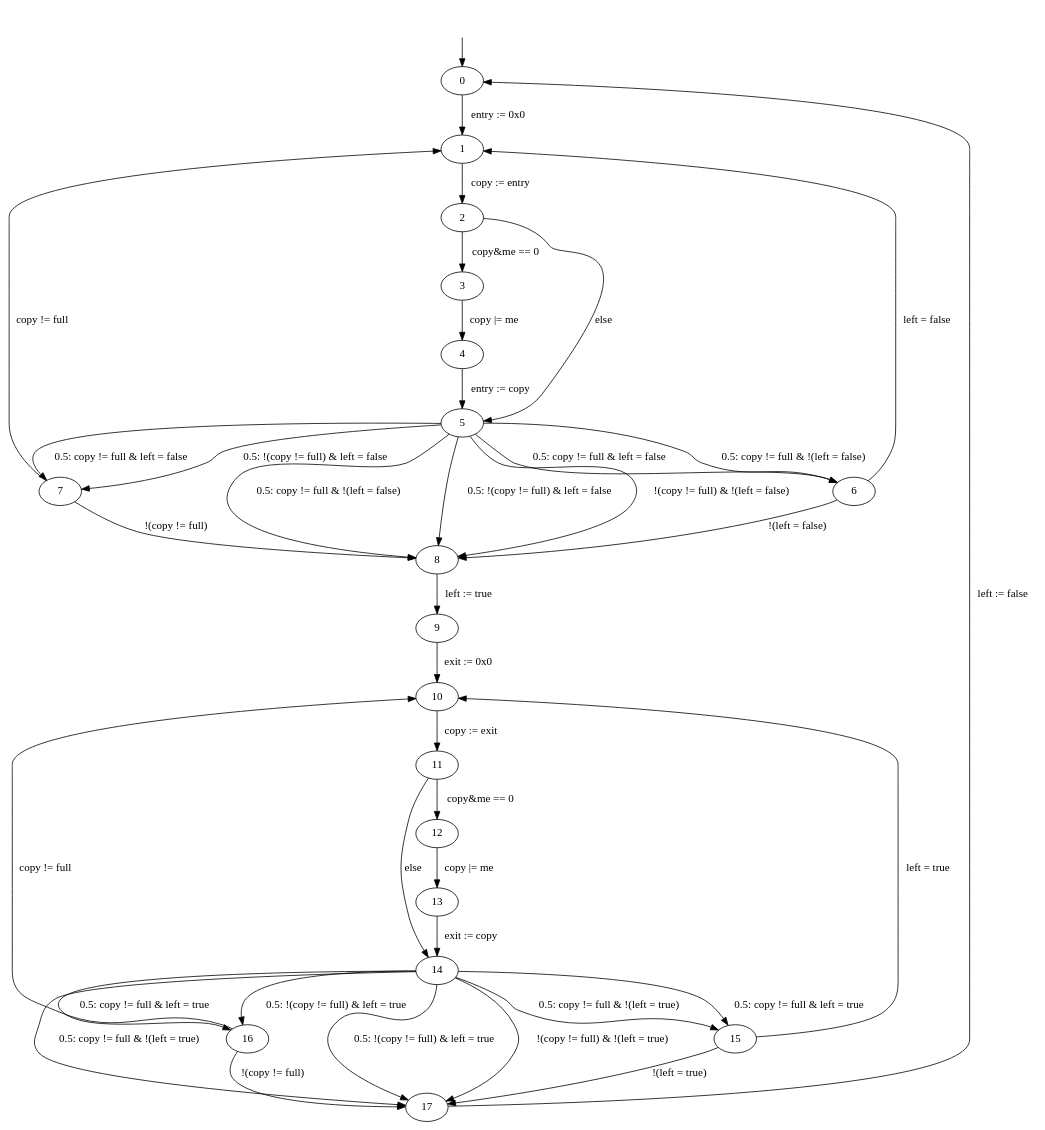
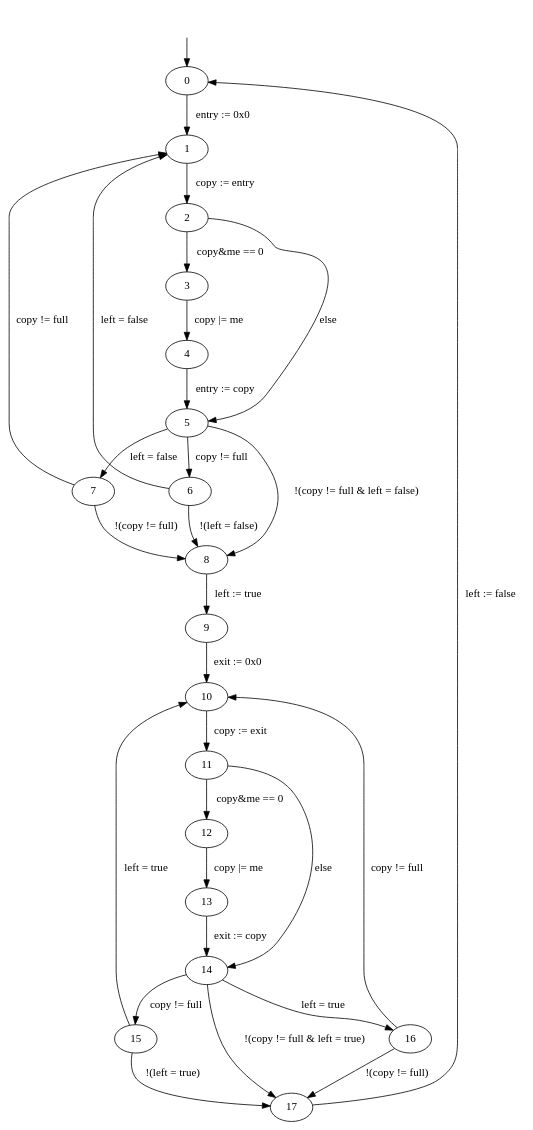
One commit to hydroo/minor-thesis-barriers changed the diagram in barrier-attempt/model-01/model.dot. Above: the diagram before and after it, drawn with Graphviz. The commit also changed 2 other files, not shown here.

```diff
--- a/barrier-attempt/model-01/model.dot
+++ b/barrier-attempt/model-01/model.dot
@@ -1,48 +1,40 @@
 digraph {
 
 	initial_state_source [style=invis]
 	initial_state_source -> "0"
 
 	"0"  -> "1"  [weight=10, label="entry := 0x0"]
 	"1"  -> "2"  [weight=10, label="copy := entry"]
 
 	"2"  -> "3"  [weight=10, label="copy&me == 0"]
 	"3"  -> "4"  [weight=10, label="copy |= me"]
 	"4"  -> "5"  [weight=10, label="entry := copy"]
 	"2"  -> "5"  [label="else"]
 
-	"5"  -> "6"  [label="0.5: copy != full & left = false"]
-	"5"  -> "6"  [label="0.5: copy != full & !(left = false)"]
-	"5"  -> "8"  [label="0.5: copy != full & !(left = false)"]
-	"5"  -> "7"  [label="0.5: copy != full & left = false"]
-	"5"  -> "7"  [label="0.5: !(copy != full) & left = false"]
-	"5"  -> "8"  [label="0.5: !(copy != full) & left = false"]
+	"5"  -> "6"  [label="copy != full"]
+	"5"  -> "7"  [label="left = false"]
+	"5"  -> "8"  [label="!(copy != full & left = false)"]
 	"6"  -> "1"  [label="left = false"]
 	"6"  -> "8"  [label="!(left = false)"]
 	"7"  -> "1"  [label="copy != full"]
 	"7"  -> "8"  [label="!(copy != full)"]
-	"5"  -> "8"  [label="!(copy != full) & !(left = false)"]
 
 	"8"  -> "9"  [weight=10, label="left := true"]
 	"9"  -> "10" [weight=10, label="exit := 0x0"]
 
 	"10" -> "11" [weight=10, label="copy := exit"]
 	"11" -> "12" [weight=10, label="copy&me == 0"]
 	"12" -> "13" [weight=10, label="copy |= me"]
 	"13" -> "14" [weight=10, label="exit := copy"]
 	"11" -> "14" [label="else"]
 
-	"14" -> "15" [label="0.5: copy != full & left = true"]
-	"14" -> "15" [label="0.5: copy != full & !(left = true)"]
-	"14" -> "17" [label="0.5: copy != full & !(left = true)"]
-	"14" -> "16" [label="0.5: copy != full & left = true"]
-	"14" -> "16" [label="0.5: !(copy != full) & left = true"]
-	"14" -> "17" [label="0.5: !(copy != full) & left = true"]
+	"14" -> "15" [label="copy != full"]
+	"14" -> "16" [label="left = true"]
+	"14" -> "17" [label="!(copy != full & left = true)"]
 	"15" -> "10" [label="left = true"]
 	"15" -> "17" [label="!(left = true)"]
 	"16" -> "10" [label="copy != full"]
 	"16" -> "17" [label="!(copy != full)"]
-	"14" -> "17" [label="!(copy != full) & !(left = true)"]
 
 	"17" -> "0"  [label="left := false"]
 }
```
